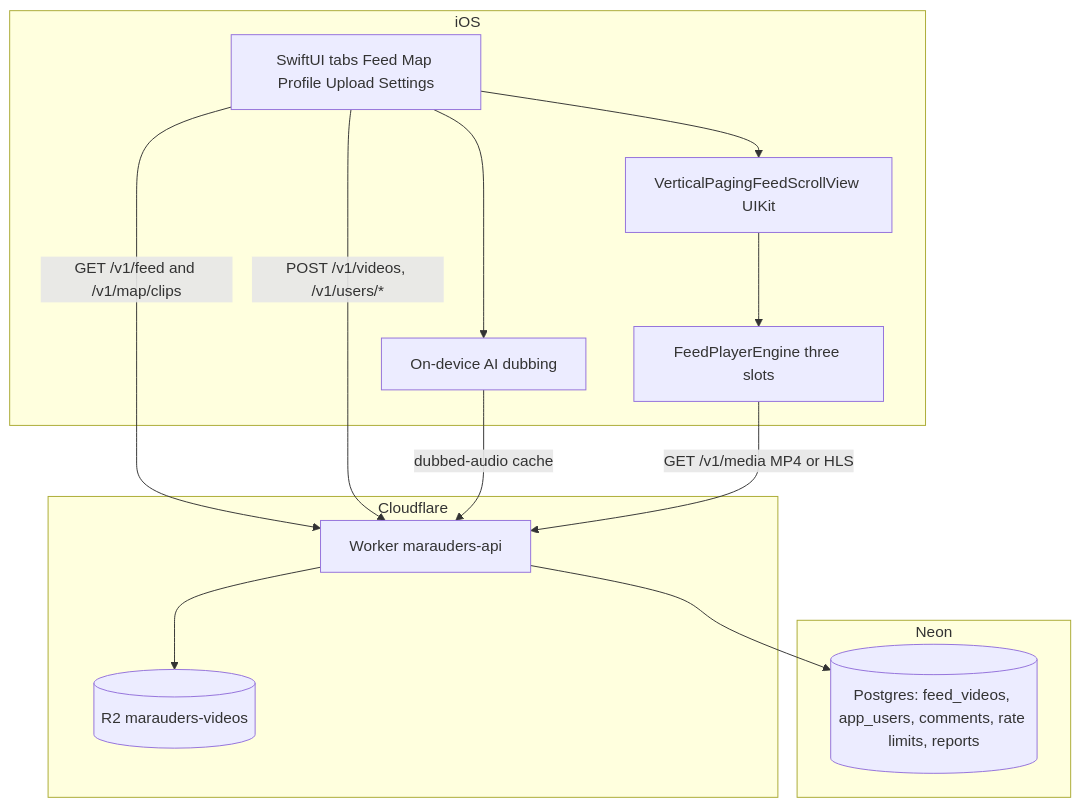
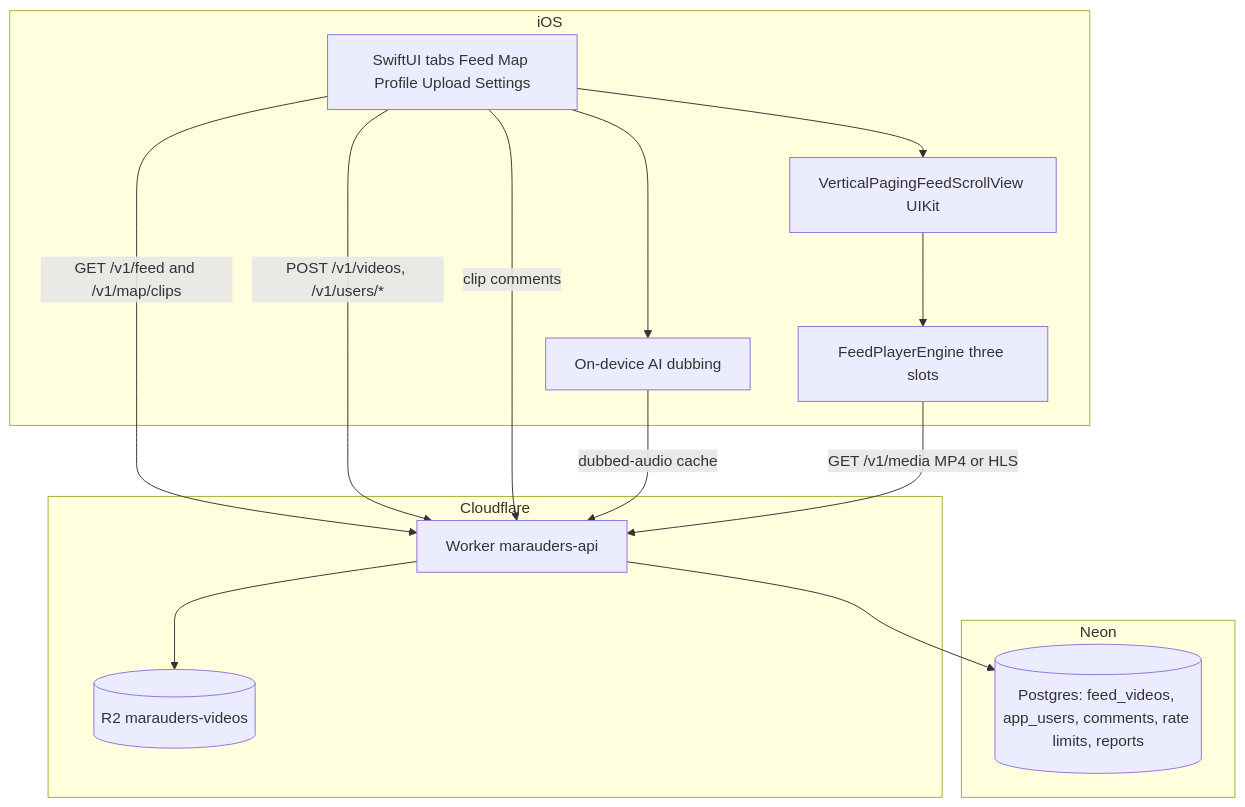
Before and after one commit to SomsakGitHub/Marauders: the first of 7 diagrams in ARCHITECTURE.md, drawn with Mermaid. The commit also changed other lines of this file and 30 other files, not shown here.

````diff
--- a/ARCHITECTURE.md
+++ b/ARCHITECTURE.md
@@ -9,28 +9,29 @@
 ```mermaid
 flowchart TB
   subgraph ios [iOS]
     UI[SwiftUI tabs Feed Map Profile Upload Settings]
     Paging[VerticalPagingFeedScrollView UIKit]
     Engine[FeedPlayerEngine three slots]
     Dub[On-device AI dubbing]
     UI --> Paging
     Paging --> Engine
     UI --> Dub
   end
 
   subgraph cf [Cloudflare]
     API[Worker marauders-api]
     R2[(R2 marauders-videos)]
   end
 
   subgraph neon [Neon]
     DB[(Postgres: feed_videos, app_users, comments, rate limits, reports)]
   end
 
   UI -->|GET /v1/feed and /v1/map/clips| API
   UI -->|POST /v1/videos, /v1/users/*| API
+  UI -->|clip comments| API
   Dub -->|dubbed-audio cache| API
   Engine -->|GET /v1/media MP4 or HLS| API
   API --> DB
   API --> R2
 ```
````
